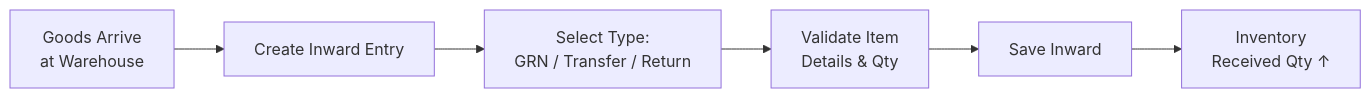
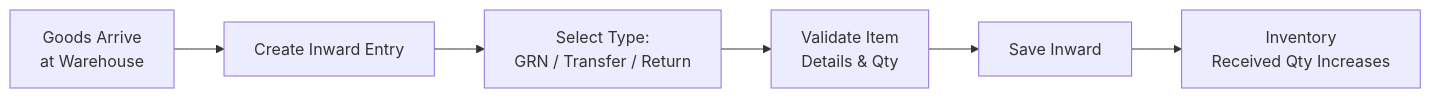
Diagram 15 of 18 in README.md (NupunSawant/Dashboard), drawn with Mermaid before and after one commit. The commit also changed other lines of this file, not shown here.

````diff
--- a/README.md
+++ b/README.md
@@ -440,8 +505,8 @@
 ```mermaid
 flowchart LR
     A[Goods Arrive\nat Warehouse] --> B[Create Inward Entry]
-    B --> C[Select Type:\nGRN / Transfer / Return]
+    B --> C["Select Type:\nGRN / Transfer / Return"]
     C --> D[Validate Item\nDetails & Qty]
     D --> E[Save Inward]
-    E --> F[Inventory\nReceived Qty ↑]
+    E --> F[Inventory\nReceived Qty Increases]
 ```
````
